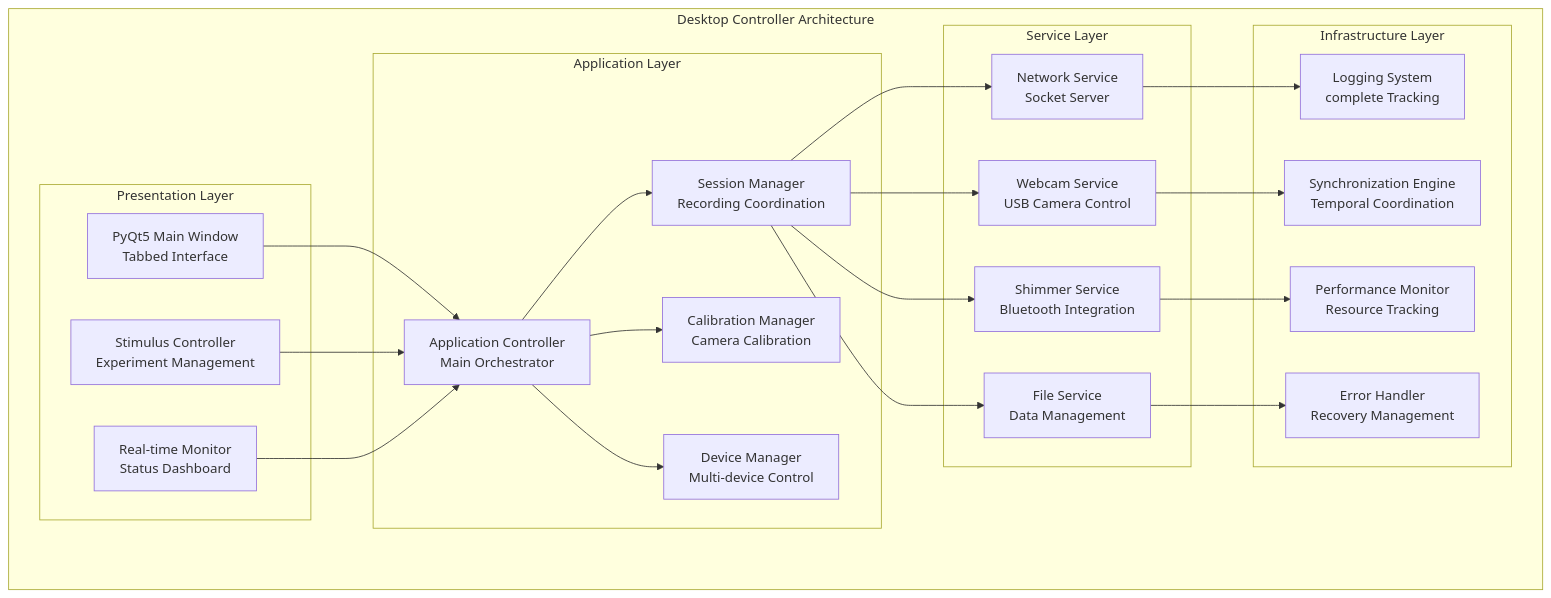
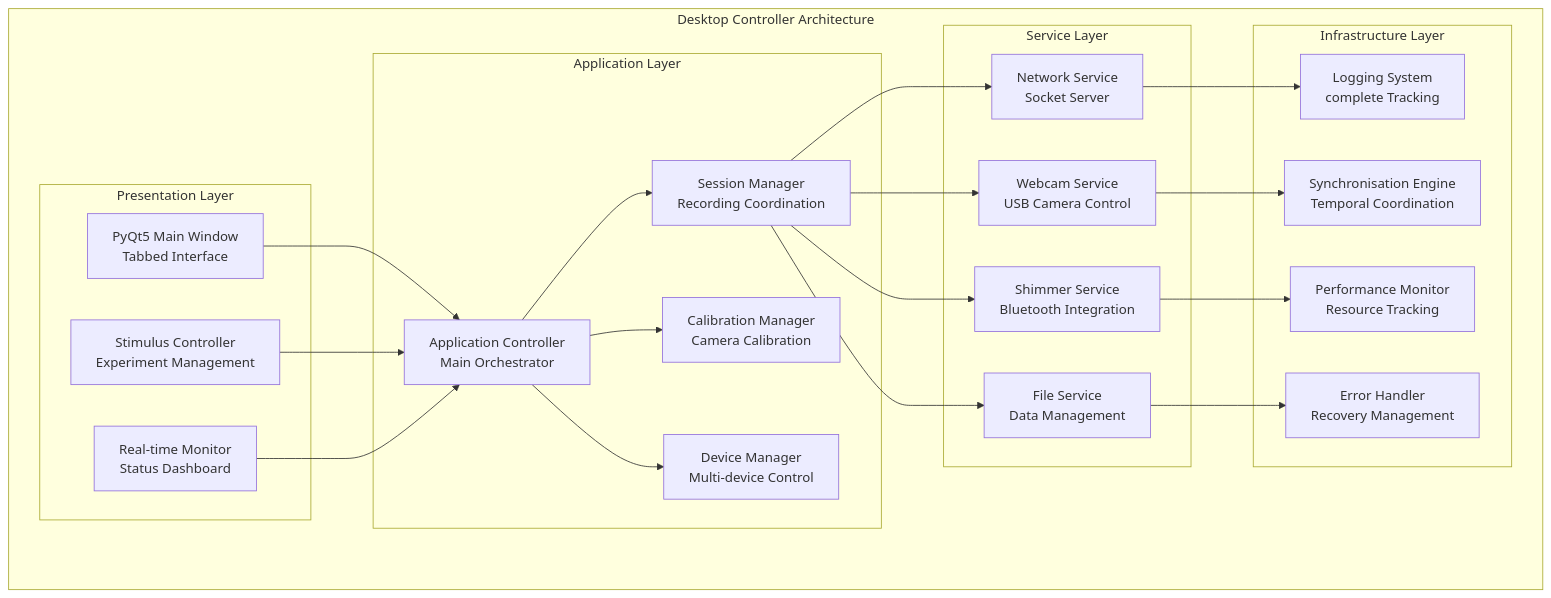
One commit to buccancs/fyp-multi-sensor-recording-system changed the first of 11 diagrams in PythonApp/README.md. Above: the diagram before and after it, drawn with Mermaid. The commit also changed other lines of this file and 56 other files, not shown here.

````diff
--- a/PythonApp/README.md
+++ b/PythonApp/README.md
@@ -72,49 +72,49 @@
 ```mermaid
 graph TB
     subgraph "Desktop Controller Architecture"
         subgraph "Presentation Layer"
             GUI[PyQt5 Main Window<br/>Tabbed Interface]
             STIM[Stimulus Controller<br/>Experiment Management]
             MON[Real-time Monitor<br/>Status Dashboard]
         end
         
         subgraph "Application Layer"
             APP[Application Controller<br/>Main Orchestrator]
             SM[Session Manager<br/>Recording Coordination]
             CM[Calibration Manager<br/>Camera Calibration]
             DM[Device Manager<br/>Multi-device Control]
         end
         
         subgraph "Service Layer"
             NET[Network Service<br/>Socket Server]
             WEB[Webcam Service<br/>USB Camera Control]
             SHIM[Shimmer Service<br/>Bluetooth Integration]
             FILE[File Service<br/>Data Management]
         end
         
         subgraph "Infrastructure Layer"
             LOG[Logging System<br/>complete Tracking]
-            SYNC[Synchronization Engine<br/>Temporal Coordination]
+            SYNC[Synchronisation Engine<br/>Temporal Coordination]
             PERF[Performance Monitor<br/>Resource Tracking]
             ERR[Error Handler<br/>Recovery Management]
         end
         
         GUI --> APP
         STIM --> APP
         MON --> APP
         
         APP --> SM
         APP --> CM
         APP --> DM
         
         SM --> NET
         SM --> WEB
         SM --> SHIM
         SM --> FILE
         
         NET --> LOG
         WEB --> SYNC
         SHIM --> PERF
         FILE --> ERR
     end
 ```
````
